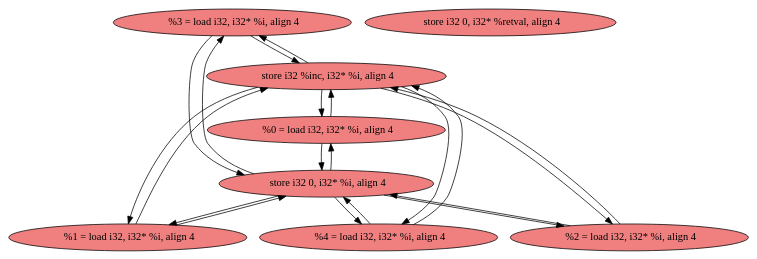
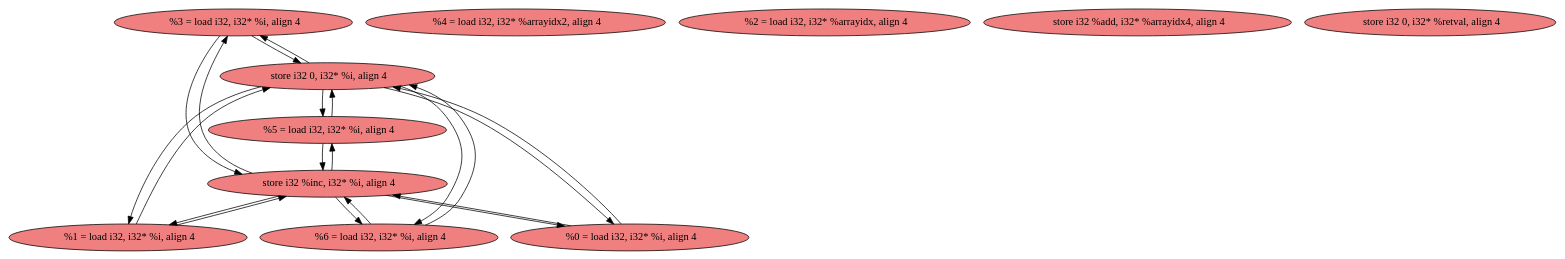
One commit to harel-coffee/PParMetrics-auto changed the diagram in playground/dots/array-calc-no-dep/main.mdg.dot.dot. Above: the diagram before and after it, drawn with Graphviz. The commit also changed 116 other files, not shown here.

```diff
--- a/playground/dots/array-calc-no-dep/main.mdg.dot.dot
+++ b/playground/dots/array-calc-no-dep/main.mdg.dot.dot
@@ -1,36 +1,39 @@
 
 digraph G {
 
 
-node7 [fillcolor=lightcoral,label="  %3 = load i32, i32* %i, align 4",shape=ellipse,style=filled ]
-node6 [fillcolor=lightcoral,label="  %1 = load i32, i32* %i, align 4",shape=ellipse,style=filled ]
-node1 [fillcolor=lightcoral,label="  store i32 %inc, i32* %i, align 4",shape=ellipse,style=filled ]
-node2 [fillcolor=lightcoral,label="  store i32 0, i32* %i, align 4",shape=ellipse,style=filled ]
-node3 [fillcolor=lightcoral,label="  store i32 0, i32* %retval, align 4",shape=ellipse,style=filled ]
-node0 [fillcolor=lightcoral,label="  %4 = load i32, i32* %i, align 4",shape=ellipse,style=filled ]
-node4 [fillcolor=lightcoral,label="  %2 = load i32, i32* %i, align 4",shape=ellipse,style=filled ]
-node5 [fillcolor=lightcoral,label="  %0 = load i32, i32* %i, align 4",shape=ellipse,style=filled ]
+node10 [fillcolor=lightcoral,label="  %3 = load i32, i32* %i, align 4",shape=ellipse,style=filled ]
+node9 [fillcolor=lightcoral,label="  %1 = load i32, i32* %i, align 4",shape=ellipse,style=filled ]
+node7 [fillcolor=lightcoral,label="  %4 = load i32, i32* %arrayidx2, align 4",shape=ellipse,style=filled ]
+node6 [fillcolor=lightcoral,label="  %2 = load i32, i32* %arrayidx, align 4",shape=ellipse,style=filled ]
+node1 [fillcolor=lightcoral,label="  %6 = load i32, i32* %i, align 4",shape=ellipse,style=filled ]
+node2 [fillcolor=lightcoral,label="  store i32 %add, i32* %arrayidx4, align 4",shape=ellipse,style=filled ]
+node3 [fillcolor=lightcoral,label="  store i32 0, i32* %i, align 4",shape=ellipse,style=filled ]
+node0 [fillcolor=lightcoral,label="  store i32 %inc, i32* %i, align 4",shape=ellipse,style=filled ]
+node8 [fillcolor=lightcoral,label="  %0 = load i32, i32* %i, align 4",shape=ellipse,style=filled ]
+node4 [fillcolor=lightcoral,label="  store i32 0, i32* %retval, align 4",shape=ellipse,style=filled ]
+node5 [fillcolor=lightcoral,label="  %5 = load i32, i32* %i, align 4",shape=ellipse,style=filled ]
 
-node7->node1 [ ]
-node2->node0 [ ]
-node1->node7 [ ]
+node1->node0 [ ]
 node0->node1 [ ]
-node5->node2 [ ]
-node2->node4 [ ]
-node1->node0 [ ]
-node0->node2 [ ]
-node5->node1 [ ]
-node6->node1 [ ]
-node2->node7 [ ]
-node7->node2 [ ]
-node1->node5 [ ]
-node2->node5 [ ]
-node1->node6 [ ]
-node4->node2 [ ]
-node1->node4 [ ]
-node4->node1 [ ]
-node2->node6 [ ]
-node6->node2 [ ]
+node5->node0 [ ]
+node0->node5 [ ]
+node10->node3 [ ]
+node3->node10 [ ]
+node1->node3 [ ]
+node3->node5 [ ]
+node8->node3 [ ]
+node8->node0 [ ]
+node0->node8 [ ]
+node5->node3 [ ]
+node3->node9 [ ]
+node9->node3 [ ]
+node0->node9 [ ]
+node3->node1 [ ]
+node9->node0 [ ]
+node3->node8 [ ]
+node10->node0 [ ]
+node0->node10 [ ]
 
 
 }
```
